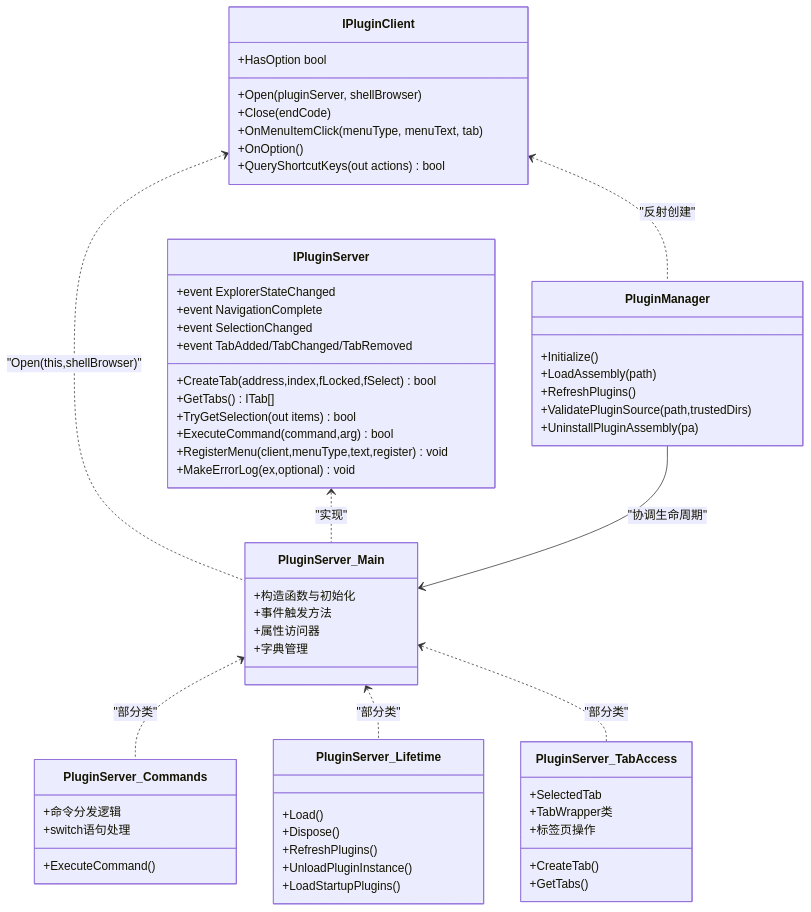
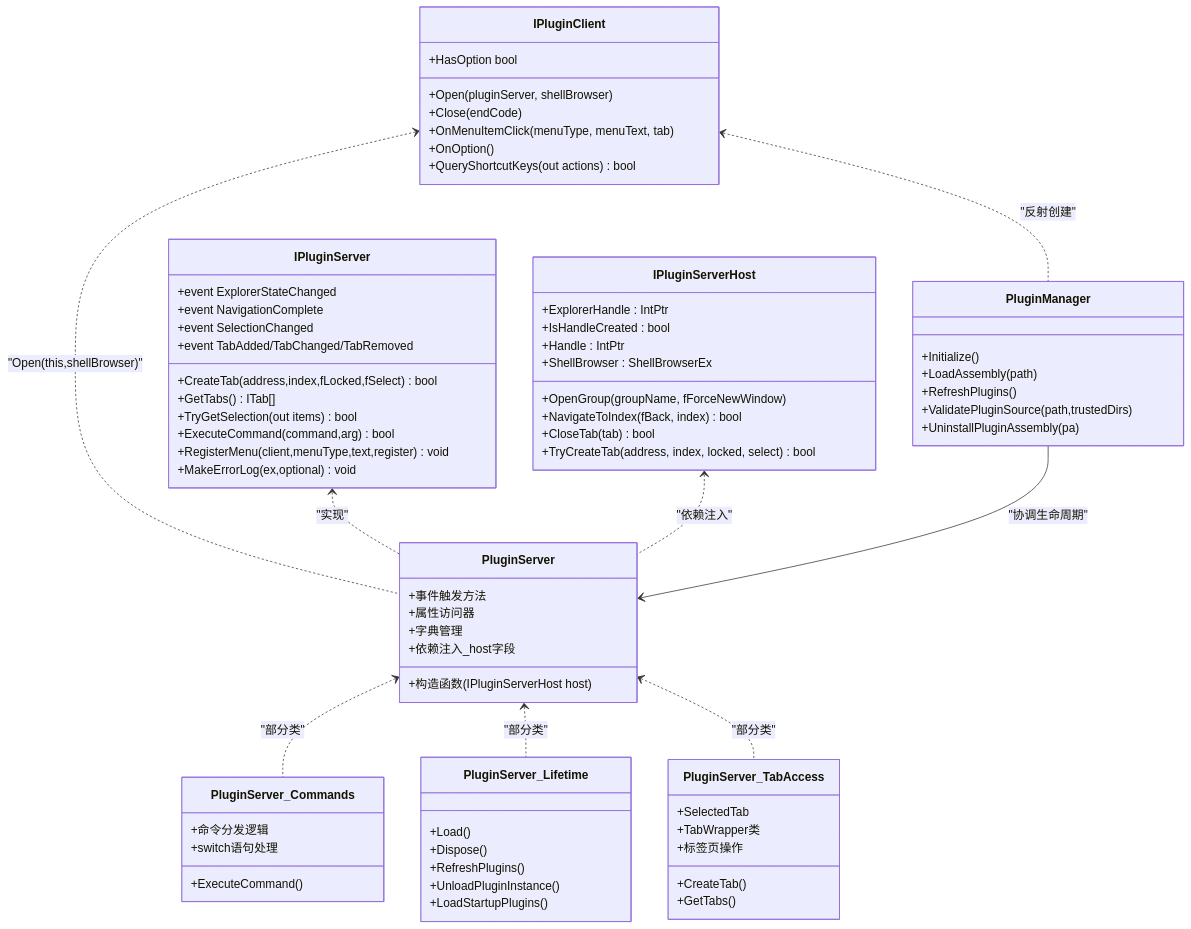
One commit to rainiva/QTTabBar-Next changed the second of 8 diagrams in .qoder/repowiki/zh/content/架构设计/插件架构设计.md. Above: the diagram before and after it, drawn with Mermaid. The commit also changed other lines of this file and 415 other files, not shown here.

````diff
--- a/.qoder/repowiki/zh/content/架构设计/插件架构设计.md
+++ b/.qoder/repowiki/zh/content/架构设计/插件架构设计.md
@@ -148,62 +158,74 @@
 ```mermaid
 classDiagram
 class IPluginClient {
 +Open(pluginServer, shellBrowser)
 +Close(endCode)
 +OnMenuItemClick(menuType, menuText, tab)
 +OnOption()
 +QueryShortcutKeys(out actions) bool
 +HasOption bool
 }
 class IPluginServer {
 +event ExplorerStateChanged
 +event NavigationComplete
 +event SelectionChanged
 +event TabAdded/TabChanged/TabRemoved
 +CreateTab(address,index,fLocked,fSelect) bool
 +GetTabs() ITab[]
 +TryGetSelection(out items) bool
 +ExecuteCommand(command,arg) bool
 +RegisterMenu(client,menuType,text,register) void
 +MakeErrorLog(ex,optional) void
 }
+class IPluginServerHost {
++ExplorerHandle : IntPtr
++IsHandleCreated : bool
++Handle : IntPtr
++ShellBrowser : ShellBrowserEx
++OpenGroup(groupName, fForceNewWindow)
++NavigateToIndex(fBack, index) bool
++CloseTab(tab) bool
++TryCreateTab(address, index, locked, select) bool
+}
 class PluginManager {
 +Initialize()
 +LoadAssembly(path)
 +RefreshPlugins()
 +ValidatePluginSource(path,trustedDirs)
 +UninstallPluginAssembly(pa)
 }
-class PluginServer_Main {
-+构造函数与初始化
+class PluginServer {
++构造函数(IPluginServerHost host)
 +事件触发方法
 +属性访问器
 +字典管理
++依赖注入_host字段
 }
 class PluginServer_Commands {
 +ExecuteCommand()
 +命令分发逻辑
 +switch语句处理
 }
 class PluginServer_Lifetime {
 +Load()
 +Dispose()
 +RefreshPlugins()
 +UnloadPluginInstance()
 +LoadStartupPlugins()
 }
 class PluginServer_TabAccess {
 +CreateTab()
 +GetTabs()
 +SelectedTab
 +TabWrapper类
 +标签页操作
 }
 IPluginClient <.. PluginManager : "反射创建"
-IPluginClient <.. PluginServer_Main : "Open(this,shellBrowser)"
-IPluginServer <.. PluginServer_Main : "实现"
-PluginManager --> PluginServer_Main : "协调生命周期"
-PluginServer_Main <.. PluginServer_Commands : "部分类"
-PluginServer_Main <.. PluginServer_Lifetime : "部分类"
-PluginServer_Main <.. PluginServer_TabAccess : "部分类"
+IPluginClient <.. PluginServer : "Open(this,shellBrowser)"
+IPluginServer <.. PluginServer : "实现"
+IPluginServerHost <.. PluginServer : "依赖注入"
+PluginManager --> PluginServer : "协调生命周期"
+PluginServer <.. PluginServer_Commands : "部分类"
+PluginServer <.. PluginServer_Lifetime : "部分类"
+PluginServer <.. PluginServer_TabAccess : "部分类"
 ```
````
